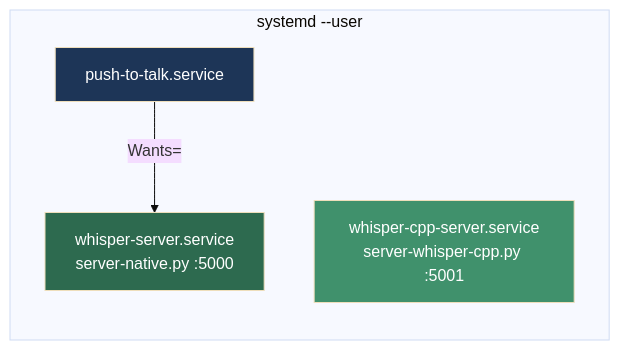
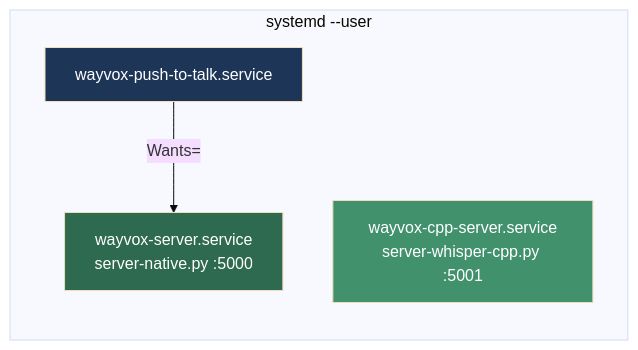
One commit to dmzoneill/wayvox changed the fifth of 5 diagrams in README.md. Above: the diagram before and after it, drawn with Mermaid (base theme). The commit also changed other lines of this file and 25 other files, not shown here.

````diff
--- a/README.md
+++ b/README.md
@@ -270,14 +272,14 @@
 ```mermaid
 graph LR
     subgraph "systemd --user"
-        WS[whisper-server.service<br/>server-native.py :5000]
-        WC[whisper-cpp-server.service<br/>server-whisper-cpp.py :5001]
-        PT[push-to-talk.service]
+        WS[wayvox-server.service<br/>server-native.py :5000]
+        WC[wayvox-cpp-server.service<br/>server-whisper-cpp.py :5001]
+        PT[wayvox-push-to-talk.service]
     end
 
     PT -->|Wants=| WS
 
     style WS fill:#2d6a4f,color:#fff
     style WC fill:#40916c,color:#fff
     style PT fill:#1d3557,color:#fff
 ```
````
